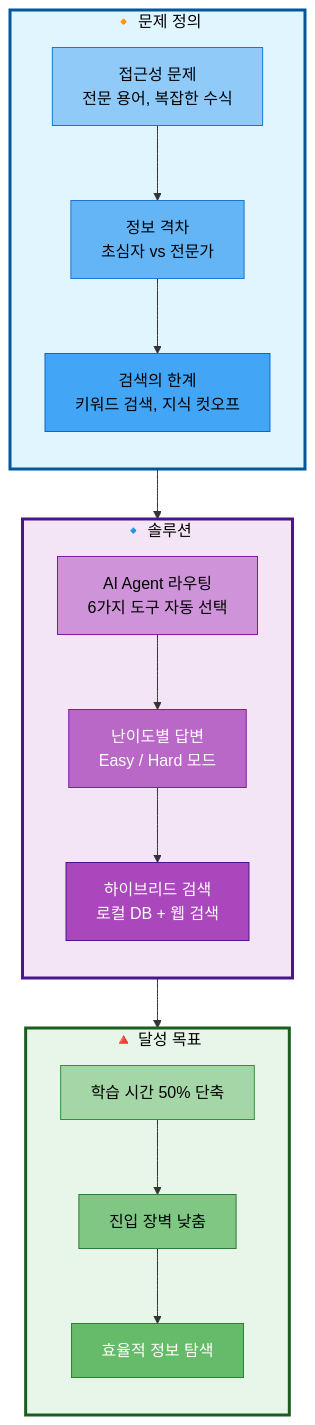
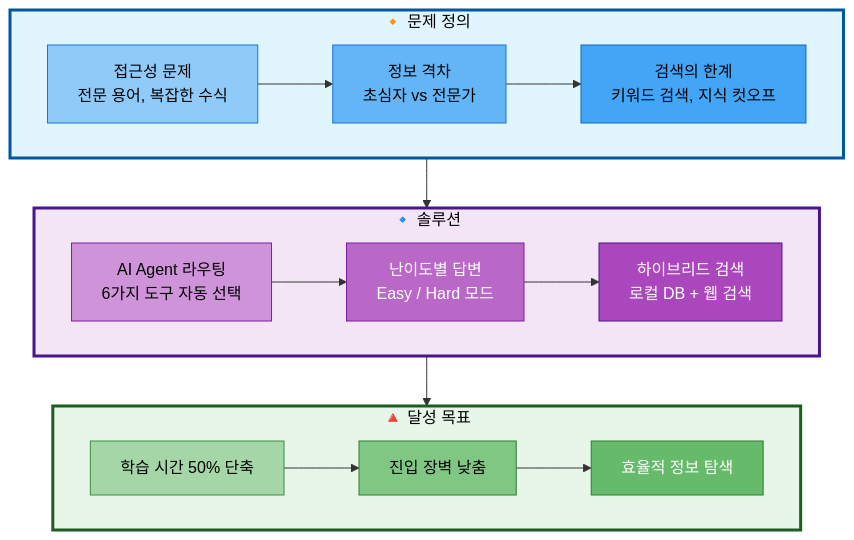
Before and after one commit to woghd8503/langchainproject-new-langchainproject_5: the diagram in docs/PRD/01_프로젝트_개요.md, drawn with Mermaid. The commit also changed 1 other file, not shown here.

Commit message:
style: Mermaid 다이어그램을 방식 2(TB + LR)로 변경
가로로 길어지는 문제 해결 및 가독성 향상
- 01_프로젝트_개요: 목표 달성 흐름을 세로 배치로 변경
- 04_일정_관리: 타임라인을 세로 배치로 변경
- 전체 방향: graph TB, 각 단계 내부: direction LR
- 색상 팔레트 정확히 적용

````diff
--- a/docs/PRD/01_프로젝트_개요.md
+++ b/docs/PRD/01_프로젝트_개요.md
@@ -42,43 +42,43 @@
 ```mermaid
 graph TB
     subgraph Problem["🔸 문제 정의"]
-        direction TB
+        direction LR
         P1[접근성 문제<br/>전문 용어, 복잡한 수식] --> P2[정보 격차<br/>초심자 vs 전문가]
         P2 --> P3[검색의 한계<br/>키워드 검색, 지식 컷오프]
     end
 
     subgraph Solution["🔹 솔루션"]
-        direction TB
+        direction LR
         S1[AI Agent 라우팅<br/>6가지 도구 자동 선택] --> S2[난이도별 답변<br/>Easy / Hard 모드]
         S2 --> S3[하이브리드 검색<br/>로컬 DB + 웹 검색]
     end
 
     subgraph Goal["🔺 달성 목표"]
-        direction TB
+        direction LR
         G1[학습 시간 50% 단축] --> G2[진입 장벽 낮춤]
         G2 --> G3[효율적 정보 탐색]
     end
 
     Problem --> Solution
     Solution --> Goal
 
     %% Subgraph 스타일
     style Problem fill:#e1f5ff,stroke:#01579b,stroke-width:3px,color:#000
     style Solution fill:#f3e5f5,stroke:#4a148c,stroke-width:3px,color:#000
     style Goal fill:#e8f5e9,stroke:#1b5e20,stroke-width:3px,color:#000
 
     %% 노드 스타일 (문제 - 파랑 계열)
     style P1 fill:#90caf9,stroke:#1976d2,color:#000
     style P2 fill:#64b5f6,stroke:#1976d2,color:#000
     style P3 fill:#42a5f5,stroke:#1565c0,color:#000
 
     %% 노드 스타일 (솔루션 - 보라 계열)
     style S1 fill:#ce93d8,stroke:#7b1fa2,color:#000
     style S2 fill:#ba68c8,stroke:#7b1fa2,color:#fff
     style S3 fill:#ab47bc,stroke:#4a148c,color:#fff
 
     %% 노드 스타일 (목표 - 녹색 계열)
     style G1 fill:#a5d6a7,stroke:#388e3c,color:#000
     style G2 fill:#81c784,stroke:#2e7d32,color:#000
     style G3 fill:#66bb6a,stroke:#2e7d32,color:#fff
 ```
````
